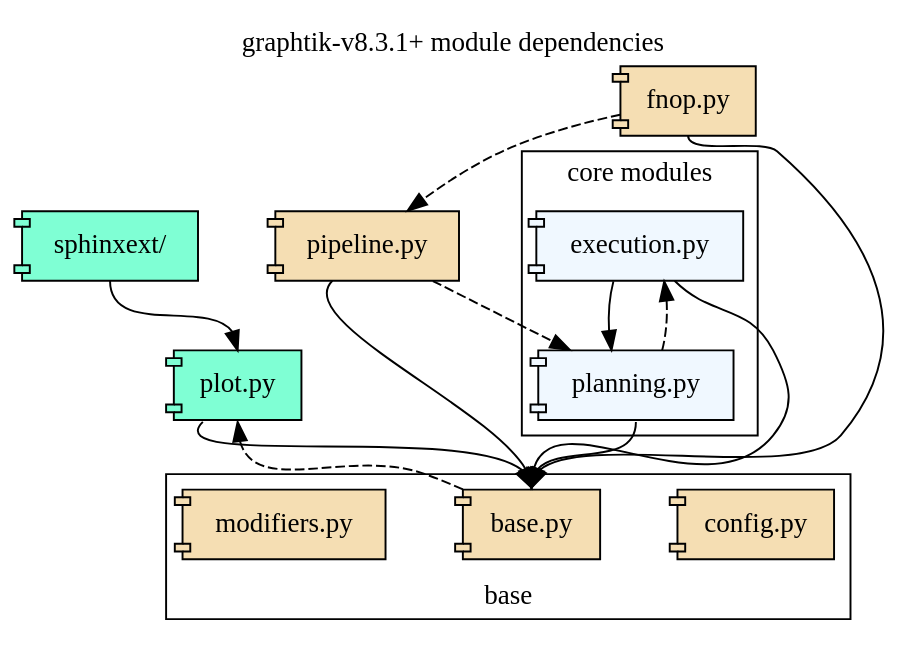
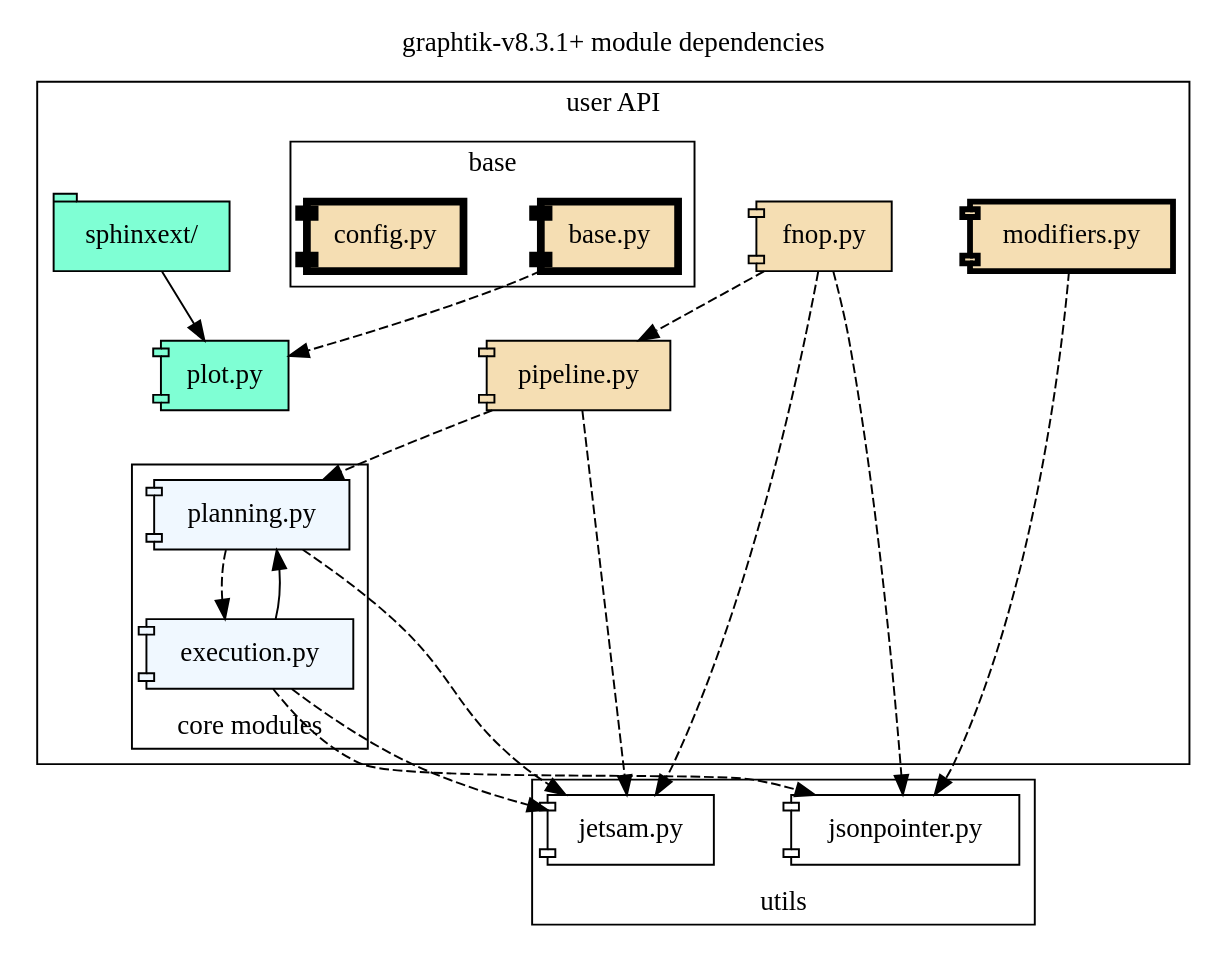
The diagram in docs/source/GraphtikModuleDependencies.dot (wgmo/graphtik), drawn with Graphviz before and after one commit.

Commit message:
doc(deps) Renew depgraph, with more clusters & deps

```diff
--- a/docs/source/GraphtikModuleDependencies.dot
+++ b/docs/source/GraphtikModuleDependencies.dot
@@ -1,74 +1,96 @@
 digraph {
     label="graphtik-v8.3.1+ module dependencies";
     labelloc=t;
     tooltip="graphtik module dependencies";
     nodesep=0.55;
     remincross=true;
     node [target="_top" style=filled];
     edge [target="_top"];
+    graph [rankdir=TB URL="../reference.html", target=_top];
 
-    "plot.py"        [shape=component
-                tooltip="(extra)"
-                fillcolor=Aquamarine
-                URL="../reference.html#module-graphtik.plot"];
-    "sphinxext/"   [shape=component
-                tooltip="(extra)"
-                 fillcolor=Aquamarine
-                 URL="../reference.html#module-graphtik.sphinxext"];
+    subgraph cluster_user_API {
+        label="user API";
+        labelloc=t;
+        rank=S;
+        tooltip="modules for clients to interact with";
+        "plot.py"        [shape=component
+                    tooltip="(extra) plot graphs"
+                    fillcolor=Aquamarine
+                    URL="../reference.html#module-graphtik.plot"];
+        "sphinxext/"   [shape=tab
+                    tooltip="(extra) package & modules for plotting graph in Sphinx sites"
+                    fillcolor=Aquamarine
+                    URL="../reference.html#module-graphtik.sphinxext"];
 
-    subgraph cluster_base {
-        label="base";
+        "pipeline.py"    [shape=component
+                    tooltip="(public)"
+                    fillcolor=wheat
+                    URL="../reference.html#module-graphtik.pipeline"];
+        "fnop.py"    [shape=component
+                    tooltip="(public)"
+                    fillcolor=wheat
+                    URL="../reference.html#module-graphtik.fnop"];
+        "modifiers.py"   [shape=component
+                    tooltip="(public) almost everything imports this module (not-shown)"
+                    fillcolor=wheat penwidth=3
+                    URL="../reference.html#module-graphtik.modifiers"];
+
+
+        subgraph cluster_planning {
+            label="core modules";
+            labelloc=b;
+            tooltip="modules related to graph solution, client is not expected to interact much with them";
+            URL="arch.html#term-execution";
+            rank=S;
+
+            "planning.py"     [shape=component
+                        tooltip="(private)"
+                        fillcolor=AliceBlue
+                        URL="../reference.html#module-graphtik.planning"];
+            "execution.py"   [shape=component
+                        tooltip="(private)"
+                        fillcolor=AliceBlue
+                        URL="../reference.html#module-graphtik.execution"];
+        }
+
+        subgraph cluster_base {
+            label="base";
+            labelloc=t;
+            tooltip="modules imported almost by everything (not shown)";
+            rank=min;
+
+            "base.py"   [shape=component
+                        tooltip="(implicit) everything imports this module (not shown)"
+                        fillcolor=wheat penwidth=4
+                        URL="../reference.html#module-graphtik.base"];
+            "config.py" [shape=component tooltip="(public) almost everything import this module (not shown)"
+                        fillcolor=wheat penwidth=4
+                        URL="../reference.html#module-graphtik.config"];
+        }
+
+    }
+    subgraph cluster_utils {
+        label="utils";
         labelloc=b;
+        #rank=S;
         tooltip="almost all other modules depend on these";
 
-        "config.py"      [shape=component tooltip="(public) almost everything import this module"
-                    fillcolor=wheat
-                    URL="../reference.html#module-graphtik.config"];
-        "base.py"   [shape=component
-                    tooltip="(implicit) everything imports this module, not shown"
-                    fillcolor=wheat
-                    URL="../reference.html#module-graphtik.base"];
-        "modifiers.py"   [shape=component
-                    tooltip="(public) almost everything imports this module"
-                    fillcolor=wheat
-                    URL="../reference.html#module-graphtik.modifiers"];
+        "jetsam.py" [shape=component tooltip="utility to annotate exceptions in case of failures"
+                    fillcolor=white
+                    URL="../reference.html#module-graphtik.jetsam"];
+        "jsonpointer.py"      [shape=component tooltip="json-pointer parsing utils"
+                    fillcolor=white
+                    URL="../reference.html#module-graphtik.jsonpointer"];
     }
 
-    "pipeline.py"    [shape=component
-                tooltip="(public)"
-                fillcolor=wheat
-                 URL="../reference.html#module-graphtik.pipeline"];
-    "fnop.py"    [shape=component
-                tooltip="(public)"
-                fillcolor=wheat
-                 URL="../reference.html#module-graphtik.fnop"];
-
-    subgraph cluster_planning {
-        label="core modules";
-        tooltip="related to graph solution";
-        URL="arch.html#term-execution";
-
-        "execution.py"   [shape=component
-                    tooltip="(private)"
-                    fillcolor=AliceBlue
-                    URL="../reference.html#module-graphtik.execution"];
-        "planning.py"     [shape=component
-                    tooltip="(private)"
-                    fillcolor=AliceBlue
-                    URL="../reference.html#module-graphtik.planning"];
-    }
-
-    {"fnop.py", "planning.py"} -> "base.py" [tooltip="(import-time)"
-                                        headport=n tailport=s];
-    "execution.py" -> "base.py" [tooltip="(import-time)"
-                                        headport=n tailport=se];
-    {"pipeline.py",  "plot.py"} -> "base.py" [tooltip="(import-time)"
-                                        headport=n tailport=sw];
-    "base.py" -> "plot.py"             [tooltip="(run-time)" style=dashed headport=s];
-    "execution.py" -> "planning.py"    [tooltip="(import-time)"];
-    "planning.py" -> "execution.py"    [tooltip="(run-time)"  style=dashed];
-    "pipeline.py" -> "planning.py"     [tooltip="(run-time)" style=dashed];
-    "fnop.py" -> "pipeline.py"    [style=dashed
-                                 tooltip="(run-time) just for plotting"];
-    "sphinxext/" -> "plot.py"                   [tooltip="(import-time)" headport=n  tailport=s];
+    #{"fnop.py", "pipeline.py", "planning.py", "execution.py", "plot.py"} -> "base.py"
+    #                                        [tooltip="(import-time)"];
+    "base.py" -> "plot.py"                  [tooltip="(run-time)" style=dashed];
+    {"fnop.py", "pipeline.py", "planning.py", "execution.py"} -> "jetsam.py" [tooltip="(run-time)" style=dashed];
+    "execution.py" -> "planning.py"         [tooltip="(import-time)"];
+    "planning.py" -> "execution.py"         [tooltip="(run-time)"  style=dashed];
+    "pipeline.py" -> "planning.py"          [tooltip="(run-time)" style=dashed];
+    "fnop.py" -> "pipeline.py"              [style=dashed tooltip="(run-time) just for plotting"];
+    {"modifiers.py", "execution.py", "fnop.py"} -> "jsonpointer.py"           [style=dashed tooltip="(run-time)"];
+    "sphinxext/" -> "plot.py"               [tooltip="(import-time)"];
 }
```
